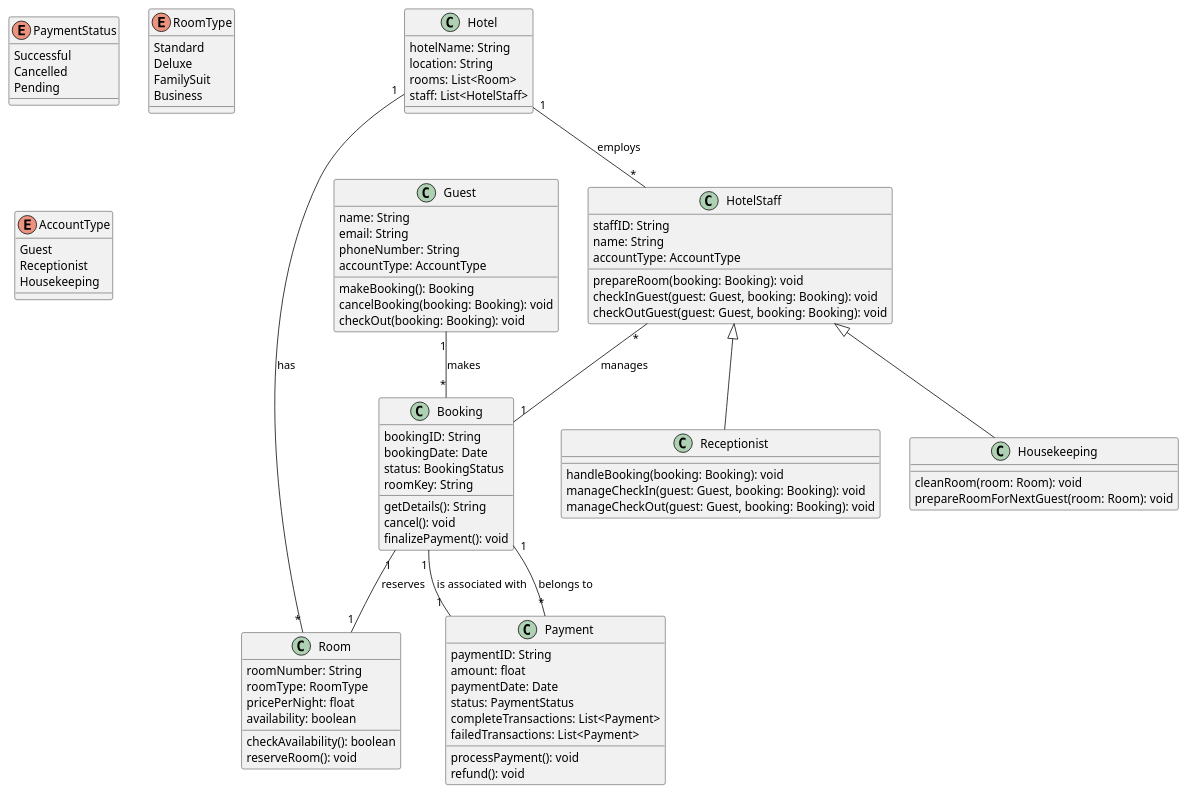
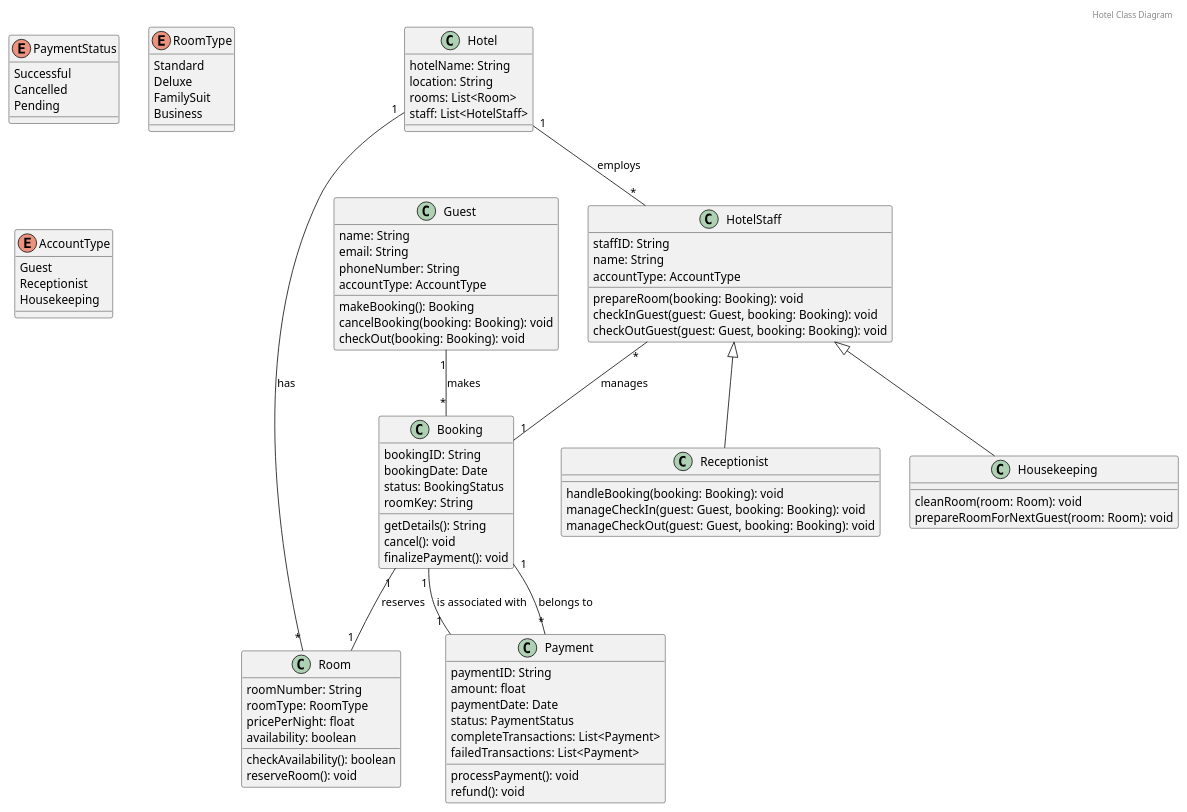
One commit to Piyush-cateina/Plantuml changed the diagram in hotel_class.puml. Above: the diagram before and after it, drawn with PlantUML. The commit also changed 2 other files, not shown here.

```diff
--- a/hotel_class.puml
+++ b/hotel_class.puml
@@ -1,102 +1,104 @@
 @startuml
+
+header Hotel Class Diagram
 
 enum PaymentStatus {
     Successful
     Cancelled
     Pending
 }
 
 enum RoomType {
     Standard
     Deluxe
     FamilySuit
     Business
 }
 
 enum AccountType {
     Guest
     Receptionist
     Housekeeping
 }
 
 
 class Hotel {
     hotelName: String
     location: String
     rooms: List<Room>
     staff: List<HotelStaff>
 }
 
 class Room {
     roomNumber: String
     roomType: RoomType
     pricePerNight: float
     availability: boolean
     checkAvailability(): boolean
     reserveRoom(): void
 }
 
 
 class Guest {
     name: String
     email: String
     phoneNumber: String
     accountType: AccountType
     makeBooking(): Booking
     cancelBooking(booking: Booking): void
     checkOut(booking: Booking): void
 }
 
 class Booking {
     bookingID: String
     bookingDate: Date
     status: BookingStatus
     roomKey: String
     getDetails(): String
     cancel(): void
     finalizePayment(): void
 }
 
 
 class Payment {
     paymentID: String
     amount: float
     paymentDate: Date
     status: PaymentStatus
     processPayment(): void
     refund(): void
     completeTransactions: List<Payment>
     failedTransactions: List<Payment>
 }
 
 class HotelStaff {
     staffID: String
     name: String
     accountType: AccountType
     prepareRoom(booking: Booking): void
     checkInGuest(guest: Guest, booking: Booking): void
     checkOutGuest(guest: Guest, booking: Booking): void
 }
 
 class Receptionist {
     handleBooking(booking: Booking): void
     manageCheckIn(guest: Guest, booking: Booking): void
     manageCheckOut(guest: Guest, booking: Booking): void
 }
 
 class Housekeeping {
     cleanRoom(room: Room): void
     prepareRoomForNextGuest(room: Room): void
 }
 
 
 Hotel "1" -- "*" Room: has
 Hotel "1" -- "*" HotelStaff: employs
 HotelStaff <|-- Receptionist
 HotelStaff <|-- Housekeeping
 Guest "1" -- "*" Booking: makes
 Booking "1" -- "1" Room: reserves
 Booking "1" -- "1" Payment: is associated with
 HotelStaff "*" -- "1" Booking: manages
 Payment "*" -- "1" Booking: belongs to
 @enduml
```
